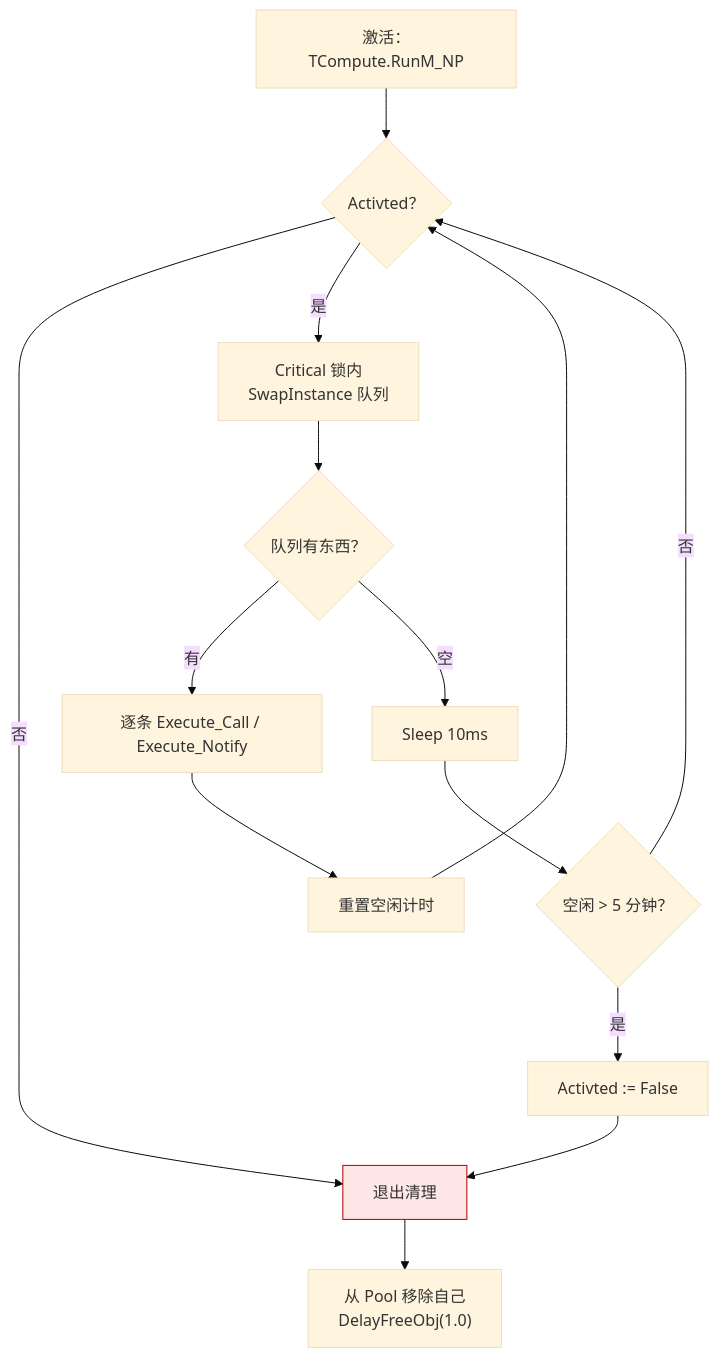
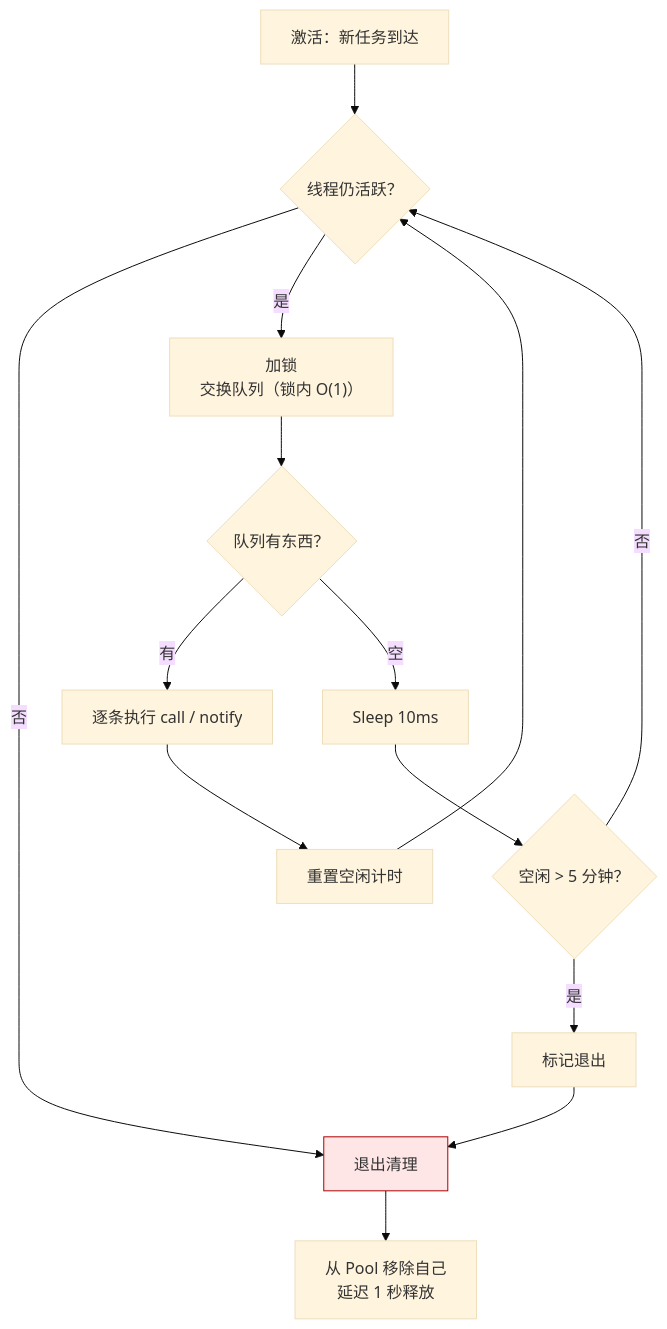
The second of 2 diagrams in doc/LF_Sequenced_FIFO.md (PassByYou888/LingoFuse), drawn with Mermaid (base theme) before and after one commit. The commit also changed other lines of this file, not shown here.

````diff
--- a/doc/LF_Sequenced_FIFO.md
+++ b/doc/LF_Sequenced_FIFO.md
@@ -76,19 +105,19 @@
 ```mermaid
 flowchart TD
-    A["激活：TCompute.RunM_NP"] --> B{"Activted？"}
+    A["激活：新任务到达"] --> B{"线程仍活跃？"}
     B -- 否 --> Z["退出清理"]
-    B -- 是 --> C["Critical 锁内<br/>SwapInstance 队列"]
+    B -- 是 --> C["加锁<br/>交换队列（锁内 O(1)）"]
     C --> D{"队列有东西？"}
-    D -- 有 --> E["逐条 Execute_Call / Execute_Notify"]
+    D -- 有 --> E["逐条执行 call / notify"]
     E --> F["重置空闲计时"]
     F --> B
     D -- 空 --> G["Sleep 10ms"]
     G --> H{"空闲 > 5 分钟？"}
-    H -- 是 --> I["Activted := False"]
+    H -- 是 --> I["标记退出"]
     H -- 否 --> B
     I --> Z
 
-    Z --> J["从 Pool 移除自己<br/>DelayFreeObj(1.0)"]
+    Z --> J["从 Pool 移除自己<br/>延迟 1 秒释放"]
 
     style Z fill:#ffe6e6,stroke:#a00
 ```
````
